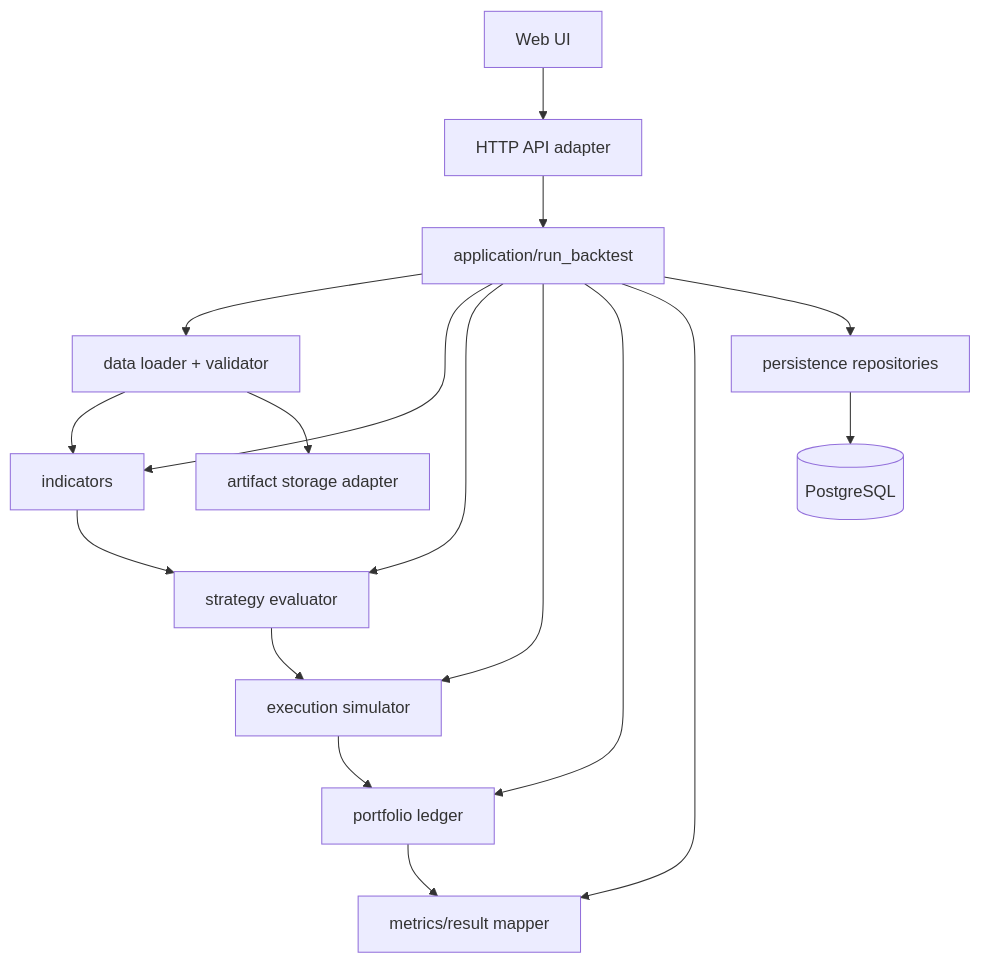
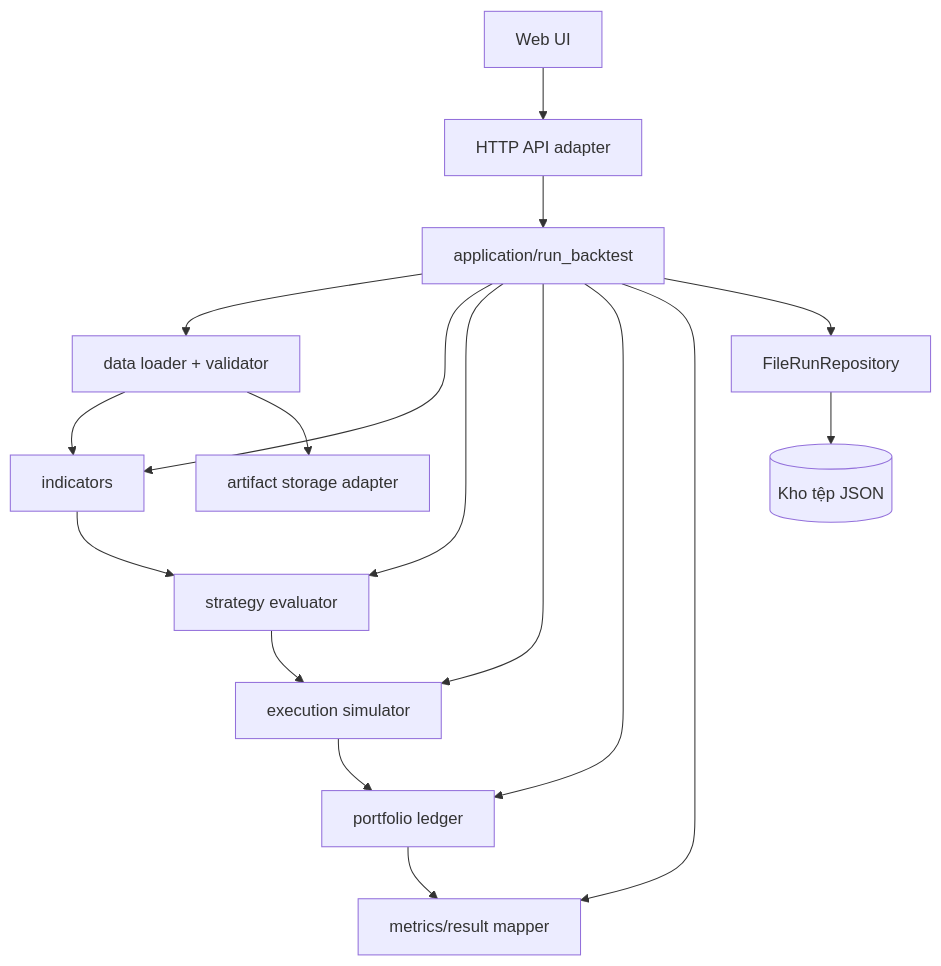
One commit to trivo-de/back-testing changed the second of 5 diagrams in docs/design/system-design.md. Above: the diagram before and after it, drawn with Mermaid. The commit also changed other lines of this file and 19 other files, not shown here.

Commit message:
refactor: remove PostgreSQL backend and simplify file-based storage and Docker setup

````diff
--- a/docs/design/system-design.md
+++ b/docs/design/system-design.md
@@ -90,32 +90,32 @@
 ```mermaid
 flowchart TD
     APP[application/run_backtest]
     DATA[data loader + validator]
     IND[indicators]
     STRAT[strategy evaluator]
     EXEC[execution simulator]
     PORT[portfolio ledger]
     MET[metrics/result mapper]
-    REPO[persistence repositories]
-    PG[(PostgreSQL)]
+    REPO[FileRunRepository]
+    FS[(Kho tệp JSON)]
     ART[artifact storage adapter]
     API[HTTP API adapter]
     WEB[Web UI]
 
     APP --> DATA
     APP --> IND
     APP --> STRAT
     APP --> EXEC
     APP --> PORT
     APP --> MET
     DATA --> IND
     IND --> STRAT
     STRAT --> EXEC
     EXEC --> PORT
     PORT --> MET
     APP --> REPO
-    REPO --> PG
+    REPO --> FS
     DATA --> ART
     WEB --> API
     API --> APP
 ```
````
